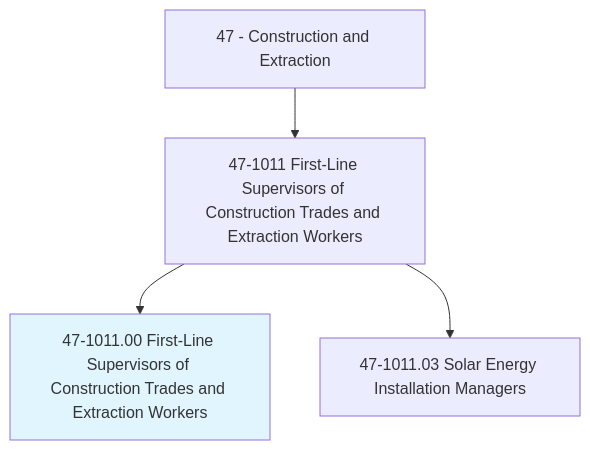
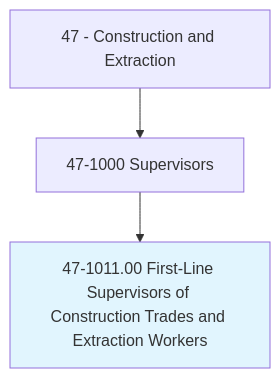
The first of 4 diagrams in occupations/Construction/FirstLineSupervisorsOfConstructionTradesAndExtractionWorkers.mdx (kziemski/business.org.ai), drawn with Mermaid before and after one commit. The commit also changed other lines of this file and 938 other files, not shown here.

````diff
--- a/occupations/Construction/FirstLineSupervisorsOfConstructionTradesAndExtractionWorkers.mdx
+++ b/occupations/Construction/FirstLineSupervisorsOfConstructionTradesAndExtractionWorkers.mdx
@@ -19,7 +23,6 @@
 ```mermaid
 graph TD
-    Cat47["47 - Construction and Extraction"] --> Group471011["47-1011 First-Line Supervisors of Construction Trades and Extraction Workers"]
-    Group471011 --> Current["47-1011.00 First-Line Supervisors of Construction Trades and Extraction Workers"]
+    Cat47["47 - Construction and Extraction"] --> Group471["47-1000 Supervisors"]
+    Group471 --> Current["47-1011.00 First-Line Supervisors of Construction Trades and Extraction Workers"]
     style Current fill:#e1f5fe
-    Group471011 --> V47101103["47-1011.03 Solar Energy Installation Managers"]
 ```
````
